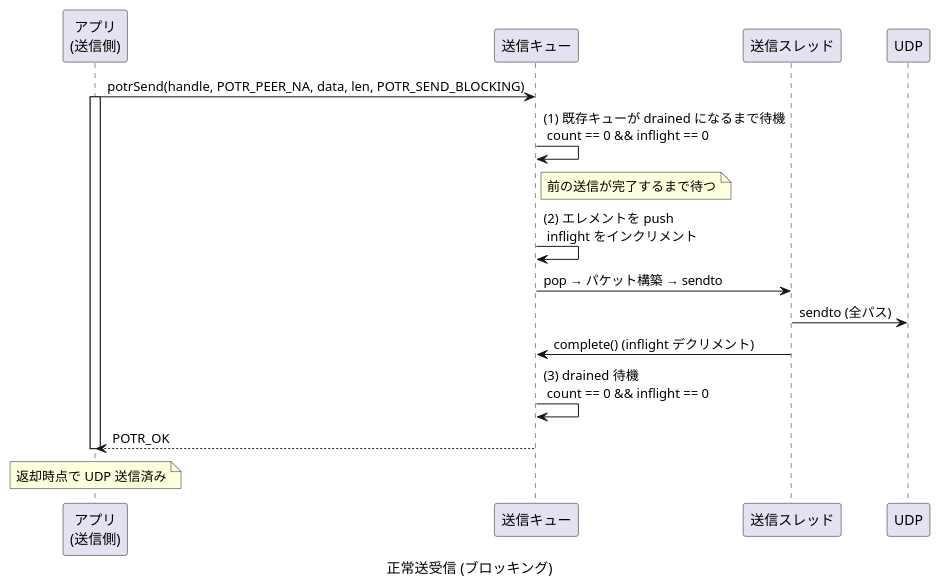
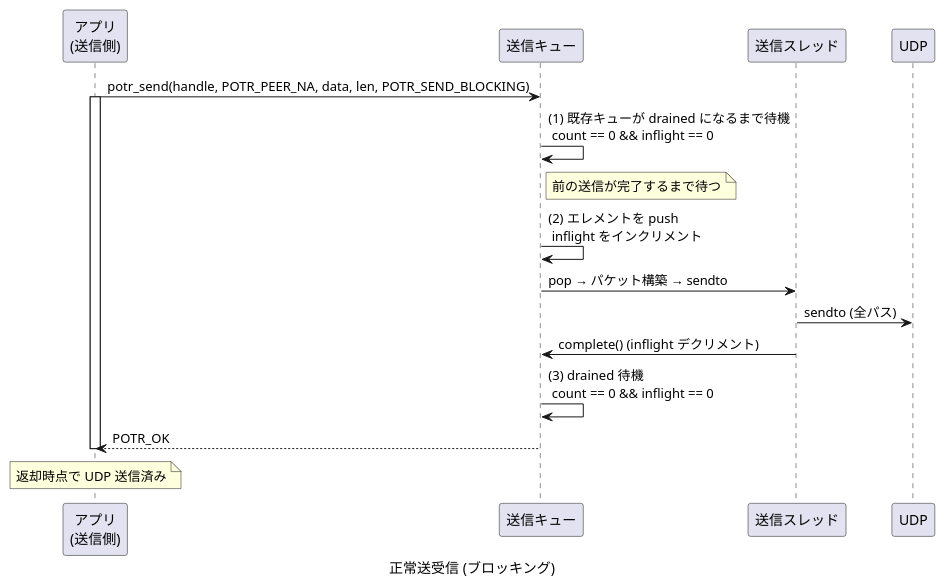
One commit to Hondarer/app_porter changed the fourth of 30 diagrams in docs/sequence.md. Above: the diagram before and after it, drawn with PlantUML. The commit also changed other lines of this file and 148 other files, not shown here.

````diff
--- a/docs/sequence.md
+++ b/docs/sequence.md
@@ -118,30 +118,30 @@
 ```plantuml
 @startuml 正常送受信 (ブロッキング)
 caption 正常送受信 (ブロッキング)
 
 participant "アプリ\n(送信側)" as SAPP
 participant "送信キュー" as Q
 participant "送信スレッド" as ST
 participant "UDP" as UDP
 
-SAPP -> Q: potrSend(handle, POTR_PEER_NA, data, len, POTR_SEND_BLOCKING)
+SAPP -> Q: potr_send(handle, POTR_PEER_NA, data, len, POTR_SEND_BLOCKING)
 activate SAPP
 
 Q -> Q: (1) 既存キューが drained になるまで待機\n count == 0 && inflight == 0
 note right of Q: 前の送信が完了するまで待つ
 
 Q -> Q: (2) エレメントを push\n inflight をインクリメント
 
 Q -> ST: pop → パケット構築 → sendto
 ST -> UDP: sendto (全パス)
 ST -> Q: complete() (inflight デクリメント)
 
 Q -> Q: (3) drained 待機\n count == 0 && inflight == 0
 
 Q --> SAPP: POTR_OK
 deactivate SAPP
 
 note over SAPP: 返却時点で UDP 送信済み
 
 @enduml
 ```
````
